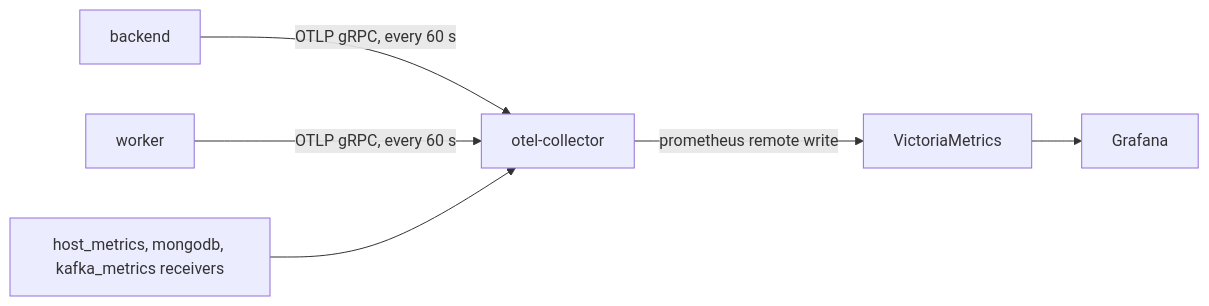
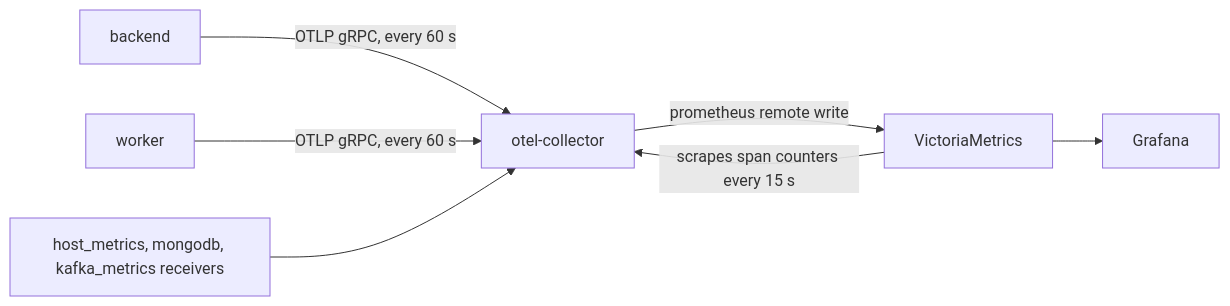
One commit to HardMax71/Integr8sCode changed the diagram in docs/operations/metrics-reference.md. Above: the diagram before and after it, drawn with Mermaid. The commit also changed other lines of this file and 3 other files, not shown here.

First line of the commit message:
fix: VictoriaMetrics scrapes span counters, so rare events count right (#394)

````diff
--- a/docs/operations/metrics-reference.md
+++ b/docs/operations/metrics-reference.md
@@ -7,8 +7,9 @@
 ```mermaid
 flowchart LR
     API["backend"] -->|"OTLP gRPC, every 60 s"| Collector["otel-collector"]
     Worker["worker"] -->|"OTLP gRPC, every 60 s"| Collector
     Receivers["host_metrics, mongodb, kafka_metrics receivers"] --> Collector
     Collector -->|"prometheus remote write"| VM["VictoriaMetrics"]
+    VM -->|"scrapes span counters every 15 s"| Collector
     VM --> Grafana
 ```
````
